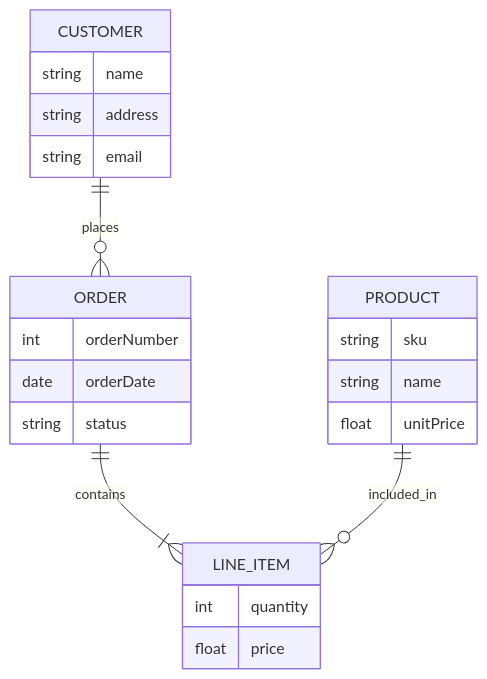
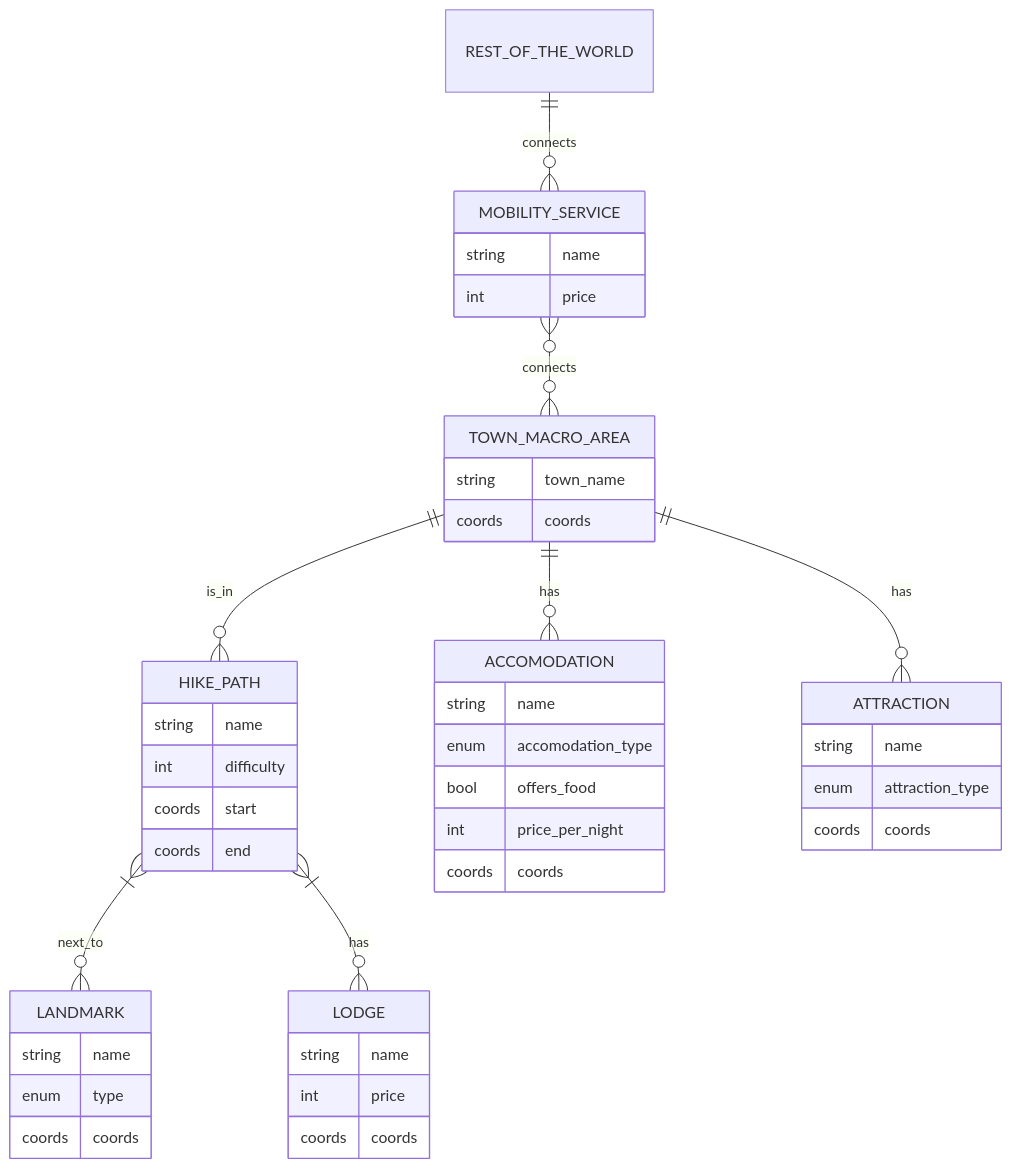
One commit to Ezpeon/KG_2026_SGMK changed the diagram in notes/purpose_notes.md. Above: the diagram before and after it, drawn with Mermaid. The commit also changed other lines of this file, not shown here.

Commit message:
fix: er instead of graph

````diff
--- a/notes/purpose_notes.md
+++ b/notes/purpose_notes.md
@@ -76,26 +66,48 @@
 ```mermaid
 erDiagram
-    CUSTOMER ||--o{ ORDER : places
-    ORDER ||--|{ LINE_ITEM : contains
-    PRODUCT ||--o{ LINE_ITEM : included_in
+    HIKE_PATH  }|--o{ LANDMARK : next_to
+    HIKE_PATH  }|--o{ LODGE : has
+    TOWN_MACRO_AREA  ||--o{ ACCOMODATION : has
+    MOBILITY_SERVICE  }o--o{ TOWN_MACRO_AREA : connects
+    TOWN_MACRO_AREA  ||--o{ HIKE_PATH : is_in
+    REST_OF_THE_WORLD  ||--o{ MOBILITY_SERVICE : connects
+    TOWN_MACRO_AREA  ||--o{ ATTRACTION : has
 
-    CUSTOMER {
+    HIKE_PATH {
         string name
-        string address
-        string email
+        int difficulty
+        coords start
+        coords end
     }
-    ORDER {
-        int orderNumber
-        date orderDate
-        string status
+    LANDMARK {
+        string name
+        enum type
+        coords coords
     }
-    LINE_ITEM {
-        int quantity
-        float price
+    LODGE {
+        string name
+        int price
+        coords coords
     }
-    PRODUCT {
-        string sku
+    TOWN_MACRO_AREA{
+        string town_name
+        coords coords
+    }
+    ATTRACTION{
         string name
-        float unitPrice
+        enum attraction_type
+        coords coords
     }
+    ACCOMODATION{
+        string name
+        enum accomodation_type
+        bool offers_food
+        int price_per_night
+        coords coords
+    }
+    MOBILITY_SERVICE{
+        string name
+        int price
+    }
+    REST_OF_THE_WORLD{}
 ```
````
